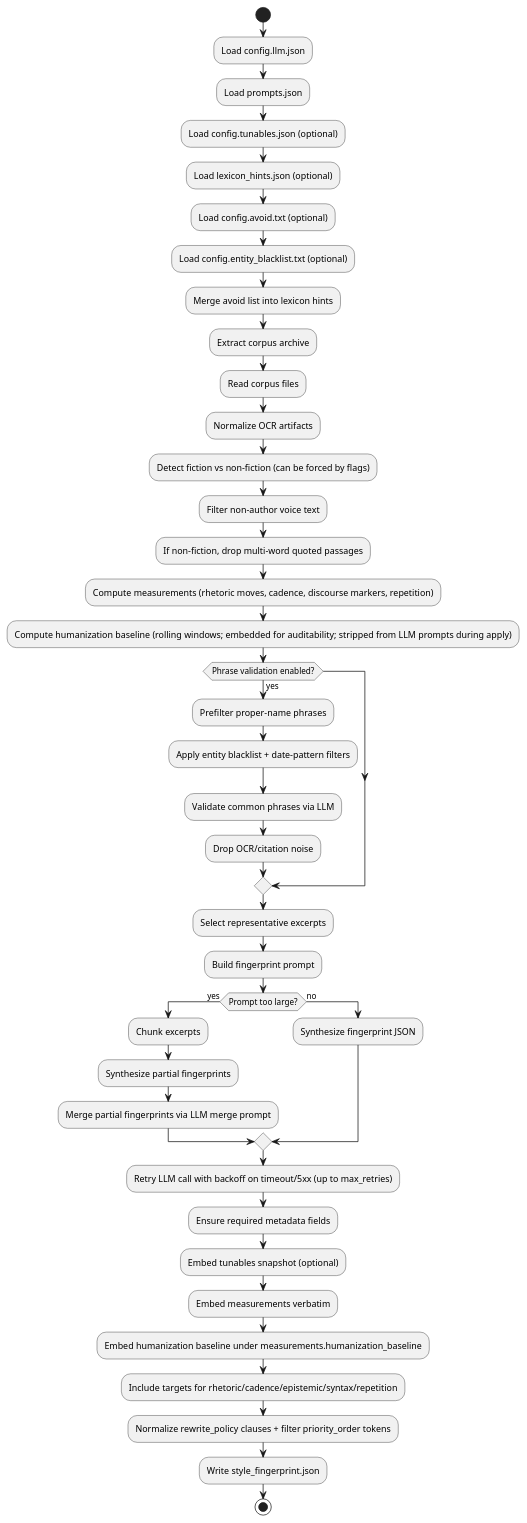
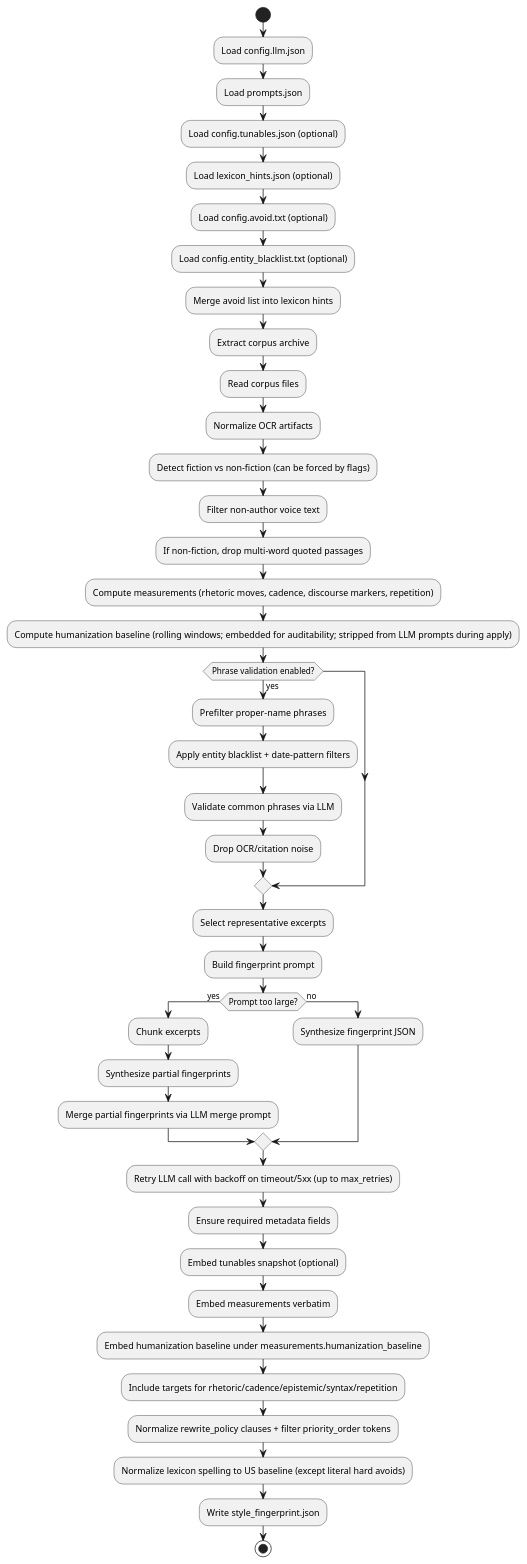
One commit to ngpepin/stylometric-transfer changed the second of 3 diagrams in UML-Fingerprint.md. Above: the diagram before and after it, drawn with PlantUML. The commit also changed other lines of this file and 11 other files, not shown here.

````diff
--- a/UML-Fingerprint.md
+++ b/UML-Fingerprint.md
@@ -86,50 +86,51 @@
 ```plantuml
 @startuml
 start
 :Load config.llm.json;
 :Load prompts.json;
 :Load config.tunables.json (optional);
 :Load lexicon_hints.json (optional);
 :Load config.avoid.txt (optional);
 :Load config.entity_blacklist.txt (optional);
 :Merge avoid list into lexicon hints;
 
 :Extract corpus archive;
 :Read corpus files;
 :Normalize OCR artifacts;
 :Detect fiction vs non-fiction (can be forced by flags);
 :Filter non-author voice text;
 :If non-fiction, drop multi-word quoted passages;
 :Compute measurements (rhetoric moves, cadence, discourse markers, repetition);
 :Compute humanization baseline (rolling windows; embedded for auditability; stripped from LLM prompts during apply);
 
 if (Phrase validation enabled?) then (yes)
   :Prefilter proper-name phrases;
   :Apply entity blacklist + date-pattern filters;
   :Validate common phrases via LLM;
   :Drop OCR/citation noise;
 endif
 
 :Select representative excerpts;
 :Build fingerprint prompt;
 
 if (Prompt too large?) then (yes)
   :Chunk excerpts;
   :Synthesize partial fingerprints;
   :Merge partial fingerprints via LLM merge prompt;
 else (no)
   :Synthesize fingerprint JSON;
 endif
 
 :Retry LLM call with backoff on timeout/5xx (up to max_retries);
 
 :Ensure required metadata fields;
 :Embed tunables snapshot (optional);
 :Embed measurements verbatim;
 :Embed humanization baseline under measurements.humanization_baseline;
 :Include targets for rhetoric/cadence/epistemic/syntax/repetition;
 :Normalize rewrite_policy clauses + filter priority_order tokens;
+:Normalize lexicon spelling to US baseline (except literal hard avoids);
 :Write style_fingerprint.json;
 stop
 @enduml
 ```
````
